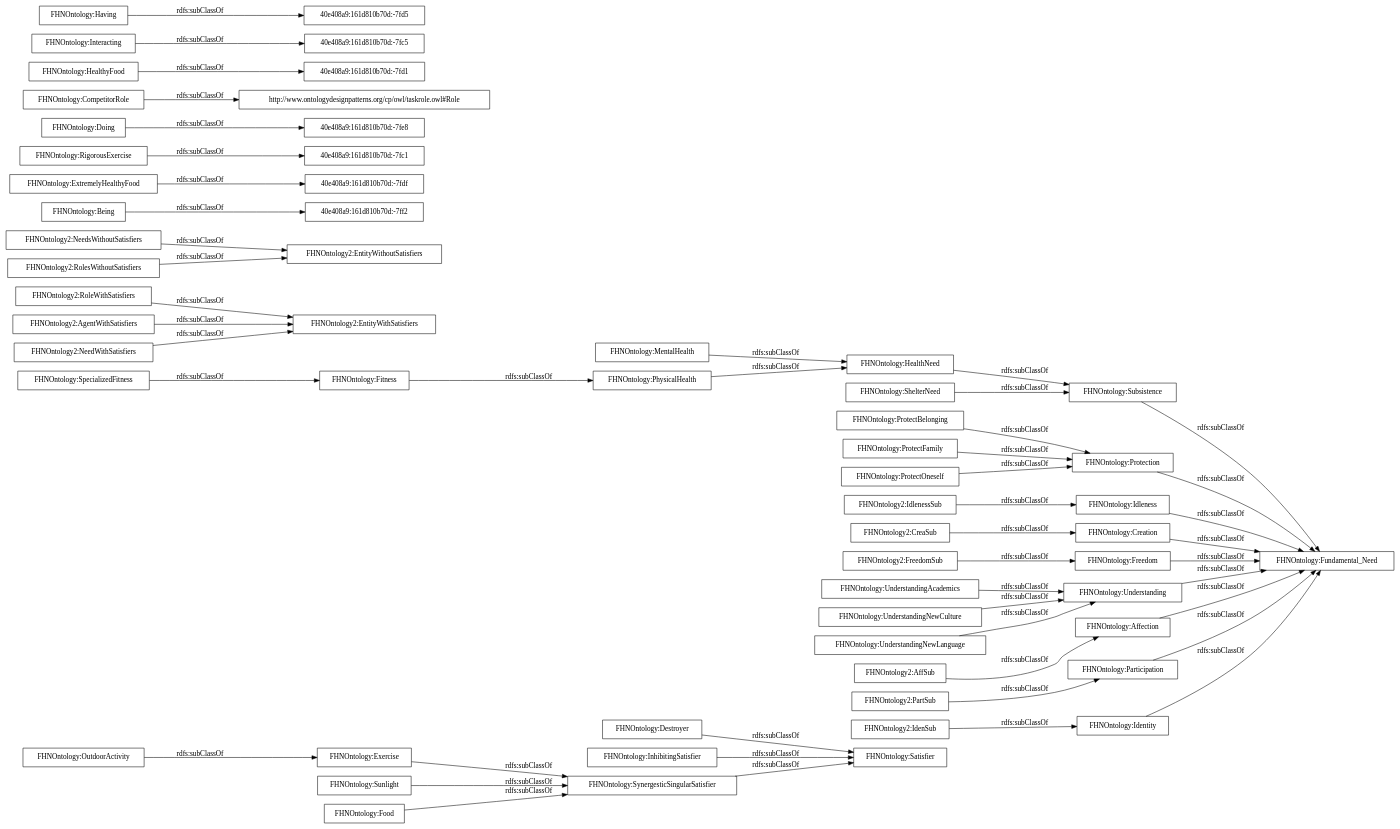
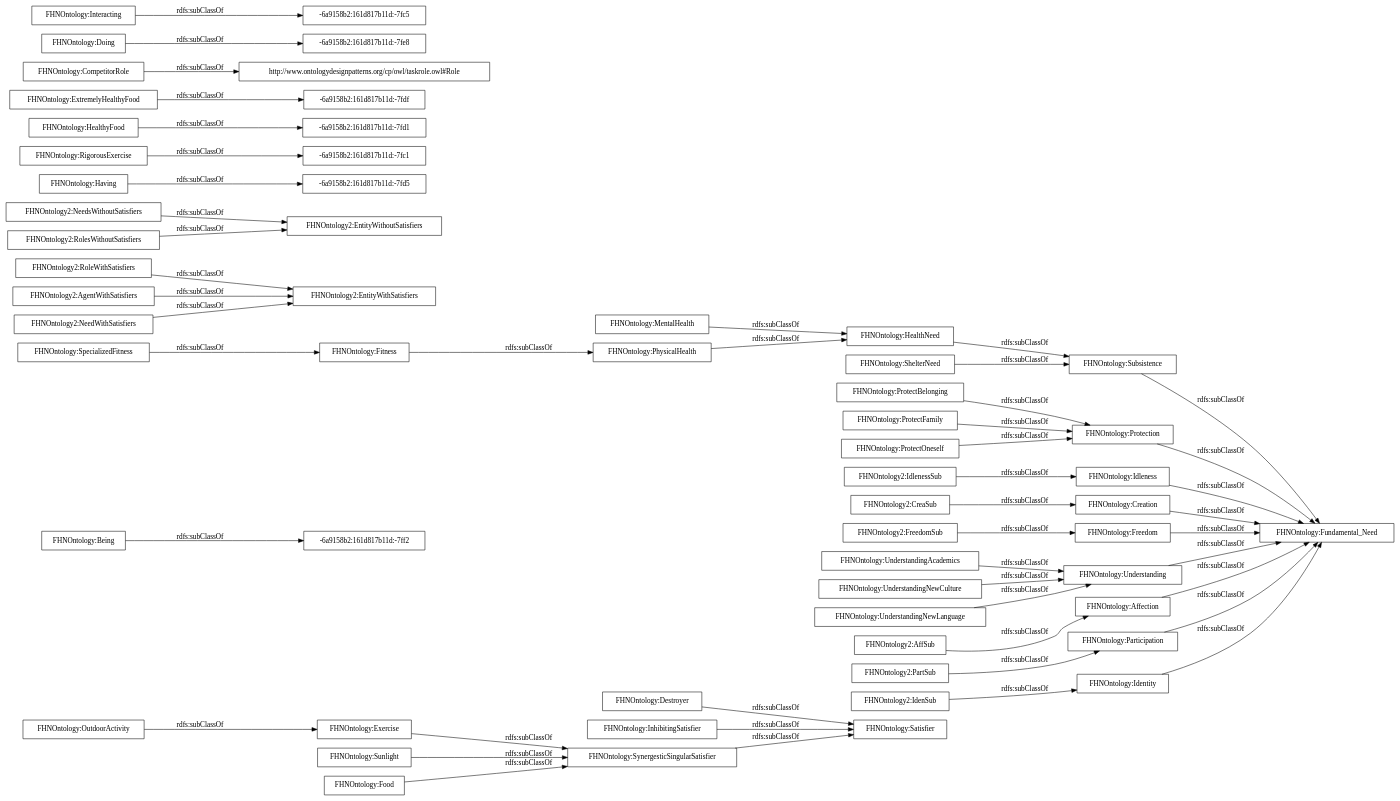
The diagram in OnToology/FHNOntology.owl/diagrams/ar2dtool-taxonomy/FHNOntology.owl.png.dot (rana-othman/Huam-Affective-States-and-their-influences-Ontology-HASIO), drawn with Graphviz before and after one commit. The commit also changed 113 other files, not shown here.

```diff
--- a/OnToology/FHNOntology.owl/diagrams/ar2dtool-taxonomy/FHNOntology.owl.png.dot
+++ b/OnToology/FHNOntology.owl/diagrams/ar2dtool-taxonomy/FHNOntology.owl.png.dot
@@ -1,53 +1,53 @@
 digraph ar2dtool_diagram { 
 rankdir=LR;
 size="1000"
-node [shape = rectangle, color="black"]; "FHNOntology:SynergesticSingularSatisfier" "FHNOntology:Identity" "FHNOntology2:EntityWithSatisfiers" "FHNOntology2:FreedomSub" "FHNOntology2:NeedsWithoutSatisfiers" "40e408a9:161d810b70d:-7ff2" "FHNOntology:Exercise" "FHNOntology:ProtectBelonging" "FHNOntology:ProtectFamily" "FHNOntology:Destroyer" "40e408a9:161d810b70d:-7fdf" "FHNOntology2:IdenSub" "FHNOntology:Subsistence" "FHNOntology:OutdoorActivity" "FHNOntology2:RolesWithoutSatisfiers" "40e408a9:161d810b70d:-7fc1" "FHNOntology2:CreaSub" "FHNOntology:RigorousExercise" "FHNOntology2:PartSub" "FHNOntology2:RoleWithSatisfiers" "FHNOntology:Fitness" "FHNOntology:Protection" "40e408a9:161d810b70d:-7fe8" "FHNOntology:Fundamental_Need" "FHNOntology:SpecializedFitness" "FHNOntology2:EntityWithoutSatisfiers" "FHNOntology2:IdlenessSub" "http://www.ontologydesignpatterns.org/cp/owl/taskrole.owl#Role" "FHNOntology:UnderstandingAcademics" "FHNOntology:InhibitingSatisfier" "FHNOntology:Idleness" "FHNOntology:Creation" "40e408a9:161d810b70d:-7fd1" "FHNOntology:Being" "FHNOntology:Freedom" "FHNOntology:UnderstandingNewCulture" "FHNOntology:MentalHealth" "FHNOntology:Understanding" "FHNOntology:HealthyFood" "40e408a9:161d810b70d:-7fc5" "FHNOntology:Affection" "FHNOntology:Satisfier" "FHNOntology2:AgentWithSatisfiers" "FHNOntology:UnderstandingNewLanguage" "FHNOntology:HealthNeed" "FHNOntology2:NeedWithSatisfiers" "FHNOntology:PhysicalHealth" "FHNOntology:Doing" "FHNOntology:Interacting" "FHNOntology2:AffSub" "FHNOntology:ShelterNeed" "FHNOntology:CompetitorRole" "FHNOntology:Having" "FHNOntology:ProtectOneself" "FHNOntology:Sunlight" "FHNOntology:Food" "40e408a9:161d810b70d:-7fd5" "FHNOntology:Participation" "FHNOntology:ExtremelyHealthyFood" ; /*classes style*/
-	"FHNOntology:Interacting" -> "40e408a9:161d810b70d:-7fc5" [ label = "rdfs:subClassOf" ];
+node [shape = rectangle, color="black"]; "FHNOntology:SynergesticSingularSatisfier" "-6a9158b2:161d817b11d:-7ff2" "FHNOntology:Identity" "FHNOntology2:EntityWithSatisfiers" "FHNOntology2:FreedomSub" "FHNOntology2:NeedsWithoutSatisfiers" "-6a9158b2:161d817b11d:-7fd5" "FHNOntology:Exercise" "FHNOntology:ProtectBelonging" "FHNOntology:ProtectFamily" "FHNOntology:Destroyer" "FHNOntology2:IdenSub" "FHNOntology:Subsistence" "FHNOntology:OutdoorActivity" "FHNOntology2:RolesWithoutSatisfiers" "FHNOntology2:CreaSub" "FHNOntology:RigorousExercise" "FHNOntology2:PartSub" "FHNOntology2:RoleWithSatisfiers" "FHNOntology:Fitness" "FHNOntology:Protection" "FHNOntology:Fundamental_Need" "FHNOntology:SpecializedFitness" "-6a9158b2:161d817b11d:-7fd1" "FHNOntology2:EntityWithoutSatisfiers" "-6a9158b2:161d817b11d:-7fdf" "FHNOntology2:IdlenessSub" "http://www.ontologydesignpatterns.org/cp/owl/taskrole.owl#Role" "FHNOntology:UnderstandingAcademics" "FHNOntology:InhibitingSatisfier" "FHNOntology:Idleness" "FHNOntology:Creation" "FHNOntology:Being" "FHNOntology:Freedom" "FHNOntology:UnderstandingNewCulture" "FHNOntology:MentalHealth" "FHNOntology:Understanding" "FHNOntology:HealthyFood" "FHNOntology:Affection" "FHNOntology:Satisfier" "-6a9158b2:161d817b11d:-7fe8" "FHNOntology2:AgentWithSatisfiers" "FHNOntology:UnderstandingNewLanguage" "FHNOntology:HealthNeed" "FHNOntology2:NeedWithSatisfiers" "FHNOntology:PhysicalHealth" "FHNOntology:Doing" "FHNOntology:Interacting" "FHNOntology2:AffSub" "FHNOntology:ShelterNeed" "FHNOntology:CompetitorRole" "FHNOntology:Having" "FHNOntology:ProtectOneself" "FHNOntology:Sunlight" "FHNOntology:Food" "FHNOntology:Participation" "-6a9158b2:161d817b11d:-7fc1" "-6a9158b2:161d817b11d:-7fc5" "FHNOntology:ExtremelyHealthyFood" ; /*classes style*/
+	"FHNOntology:Interacting" -> "-6a9158b2:161d817b11d:-7fc5" [ label = "rdfs:subClassOf" ];
 	"FHNOntology:UnderstandingNewCulture" -> "FHNOntology:Understanding" [ label = "rdfs:subClassOf" ];
 	"FHNOntology:PhysicalHealth" -> "FHNOntology:HealthNeed" [ label = "rdfs:subClassOf" ];
 	"FHNOntology:Creation" -> "FHNOntology:Fundamental_Need" [ label = "rdfs:subClassOf" ];
 	"FHNOntology:Exercise" -> "FHNOntology:SynergesticSingularSatisfier" [ label = "rdfs:subClassOf" ];
 	"FHNOntology:Food" -> "FHNOntology:SynergesticSingularSatisfier" [ label = "rdfs:subClassOf" ];
 	"FHNOntology:Affection" -> "FHNOntology:Fundamental_Need" [ label = "rdfs:subClassOf" ];
 	"FHNOntology:Identity" -> "FHNOntology:Fundamental_Need" [ label = "rdfs:subClassOf" ];
 	"FHNOntology:UnderstandingAcademics" -> "FHNOntology:Understanding" [ label = "rdfs:subClassOf" ];
 	"FHNOntology2:FreedomSub" -> "FHNOntology:Freedom" [ label = "rdfs:subClassOf" ];
 	"FHNOntology2:RolesWithoutSatisfiers" -> "FHNOntology2:EntityWithoutSatisfiers" [ label = "rdfs:subClassOf" ];
 	"FHNOntology:InhibitingSatisfier" -> "FHNOntology:Satisfier" [ label = "rdfs:subClassOf" ];
-	"FHNOntology:Being" -> "40e408a9:161d810b70d:-7ff2" [ label = "rdfs:subClassOf" ];
+	"FHNOntology:Being" -> "-6a9158b2:161d817b11d:-7ff2" [ label = "rdfs:subClassOf" ];
 	"FHNOntology2:NeedWithSatisfiers" -> "FHNOntology2:EntityWithSatisfiers" [ label = "rdfs:subClassOf" ];
 	"FHNOntology:Subsistence" -> "FHNOntology:Fundamental_Need" [ label = "rdfs:subClassOf" ];
 	"FHNOntology:Participation" -> "FHNOntology:Fundamental_Need" [ label = "rdfs:subClassOf" ];
-	"FHNOntology:Doing" -> "40e408a9:161d810b70d:-7fe8" [ label = "rdfs:subClassOf" ];
+	"FHNOntology:Doing" -> "-6a9158b2:161d817b11d:-7fe8" [ label = "rdfs:subClassOf" ];
 	"FHNOntology:SpecializedFitness" -> "FHNOntology:Fitness" [ label = "rdfs:subClassOf" ];
 	"FHNOntology:ShelterNeed" -> "FHNOntology:Subsistence" [ label = "rdfs:subClassOf" ];
 	"FHNOntology:Understanding" -> "FHNOntology:Fundamental_Need" [ label = "rdfs:subClassOf" ];
 	"FHNOntology:Fitness" -> "FHNOntology:PhysicalHealth" [ label = "rdfs:subClassOf" ];
 	"FHNOntology:UnderstandingNewLanguage" -> "FHNOntology:Understanding" [ label = "rdfs:subClassOf" ];
 	"FHNOntology:Destroyer" -> "FHNOntology:Satisfier" [ label = "rdfs:subClassOf" ];
 	"FHNOntology2:RoleWithSatisfiers" -> "FHNOntology2:EntityWithSatisfiers" [ label = "rdfs:subClassOf" ];
 	"FHNOntology:CompetitorRole" -> "http://www.ontologydesignpatterns.org/cp/owl/taskrole.owl#Role" [ label = "rdfs:subClassOf" ];
 	"FHNOntology:ProtectFamily" -> "FHNOntology:Protection" [ label = "rdfs:subClassOf" ];
 	"FHNOntology:MentalHealth" -> "FHNOntology:HealthNeed" [ label = "rdfs:subClassOf" ];
 	"FHNOntology2:AgentWithSatisfiers" -> "FHNOntology2:EntityWithSatisfiers" [ label = "rdfs:subClassOf" ];
 	"FHNOntology2:PartSub" -> "FHNOntology:Participation" [ label = "rdfs:subClassOf" ];
 	"FHNOntology2:NeedsWithoutSatisfiers" -> "FHNOntology2:EntityWithoutSatisfiers" [ label = "rdfs:subClassOf" ];
 	"FHNOntology:Protection" -> "FHNOntology:Fundamental_Need" [ label = "rdfs:subClassOf" ];
 	"FHNOntology2:IdlenessSub" -> "FHNOntology:Idleness" [ label = "rdfs:subClassOf" ];
 	"FHNOntology:ProtectOneself" -> "FHNOntology:Protection" [ label = "rdfs:subClassOf" ];
 	"FHNOntology2:IdenSub" -> "FHNOntology:Identity" [ label = "rdfs:subClassOf" ];
 	"FHNOntology2:AffSub" -> "FHNOntology:Affection" [ label = "rdfs:subClassOf" ];
 	"FHNOntology:SynergesticSingularSatisfier" -> "FHNOntology:Satisfier" [ label = "rdfs:subClassOf" ];
 	"FHNOntology:OutdoorActivity" -> "FHNOntology:Exercise" [ label = "rdfs:subClassOf" ];
 	"FHNOntology:Freedom" -> "FHNOntology:Fundamental_Need" [ label = "rdfs:subClassOf" ];
 	"FHNOntology:HealthNeed" -> "FHNOntology:Subsistence" [ label = "rdfs:subClassOf" ];
 	"FHNOntology2:CreaSub" -> "FHNOntology:Creation" [ label = "rdfs:subClassOf" ];
-	"FHNOntology:RigorousExercise" -> "40e408a9:161d810b70d:-7fc1" [ label = "rdfs:subClassOf" ];
-	"FHNOntology:ExtremelyHealthyFood" -> "40e408a9:161d810b70d:-7fdf" [ label = "rdfs:subClassOf" ];
-	"FHNOntology:Having" -> "40e408a9:161d810b70d:-7fd5" [ label = "rdfs:subClassOf" ];
+	"FHNOntology:RigorousExercise" -> "-6a9158b2:161d817b11d:-7fc1" [ label = "rdfs:subClassOf" ];
+	"FHNOntology:ExtremelyHealthyFood" -> "-6a9158b2:161d817b11d:-7fdf" [ label = "rdfs:subClassOf" ];
+	"FHNOntology:Having" -> "-6a9158b2:161d817b11d:-7fd5" [ label = "rdfs:subClassOf" ];
 	"FHNOntology:Idleness" -> "FHNOntology:Fundamental_Need" [ label = "rdfs:subClassOf" ];
 	"FHNOntology:ProtectBelonging" -> "FHNOntology:Protection" [ label = "rdfs:subClassOf" ];
 	"FHNOntology:Sunlight" -> "FHNOntology:SynergesticSingularSatisfier" [ label = "rdfs:subClassOf" ];
-	"FHNOntology:HealthyFood" -> "40e408a9:161d810b70d:-7fd1" [ label = "rdfs:subClassOf" ];
+	"FHNOntology:HealthyFood" -> "-6a9158b2:161d817b11d:-7fd1" [ label = "rdfs:subClassOf" ];
 
 }
```
